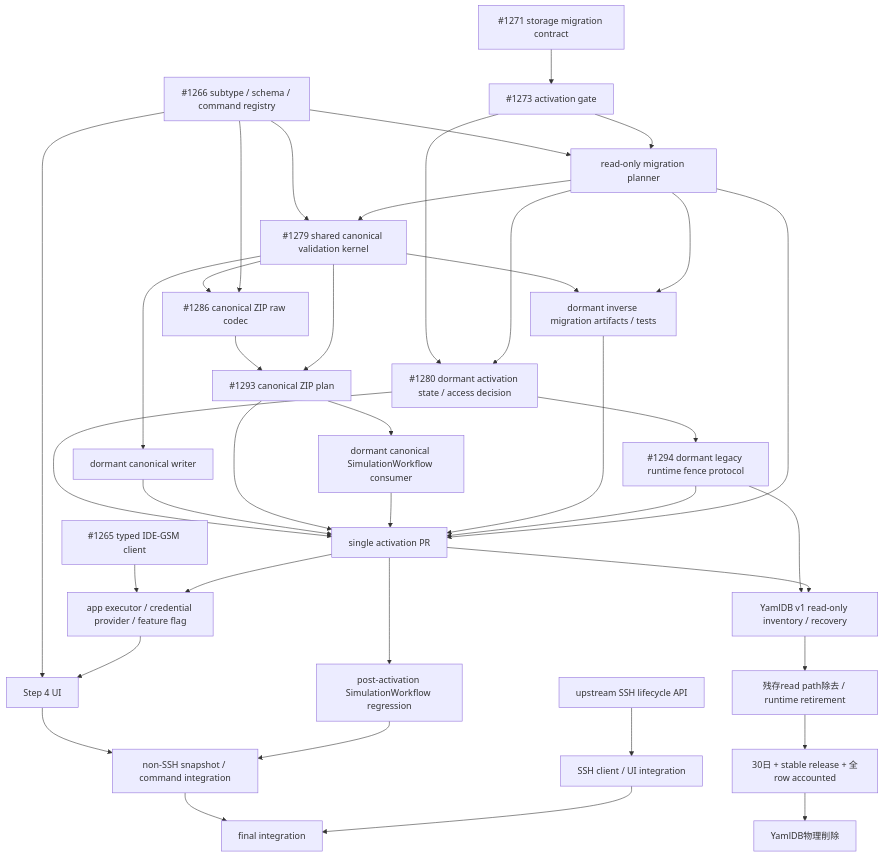
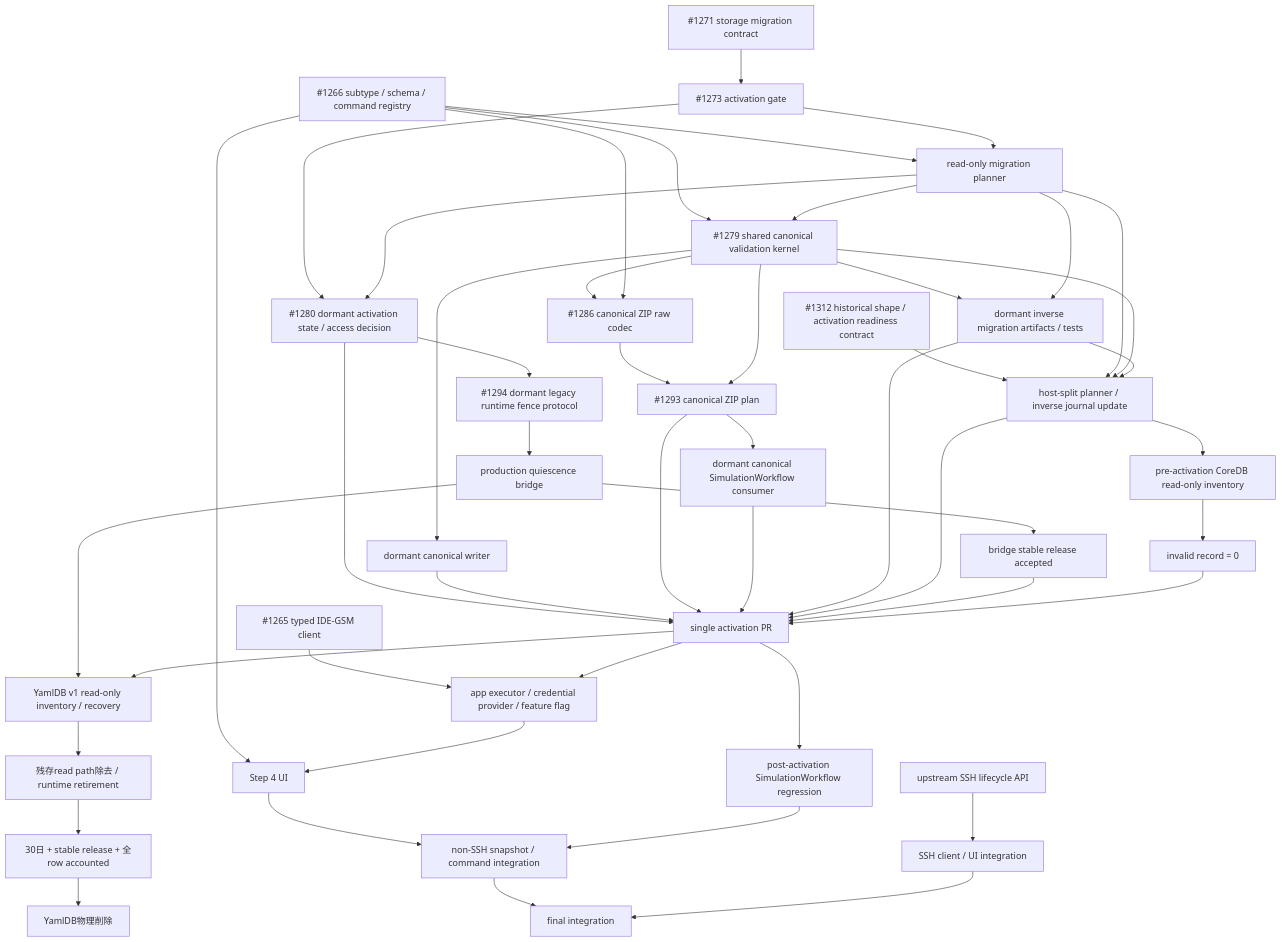
Before and after one commit to kubohiroya/hierarchidb: the first of 2 diagrams in docs/yaml-plugin-ide-gsm-step4-spec.md, drawn with Mermaid. The commit also changed other lines of this file, not shown here.

Commit message:
docs(yaml): correct activation readiness contract

````diff
--- a/docs/yaml-plugin-ide-gsm-step4-spec.md
+++ b/docs/yaml-plugin-ide-gsm-step4-spec.md
@@ -435,43 +466,52 @@
 ```mermaid
 graph TD
   Registry["#1266 subtype / schema / command registry"] --> Planner["read-only migration planner"]
   Registry --> Validation["#1279 shared canonical validation kernel"]
   Contract["#1271 storage migration contract"] --> ActivationContract["#1273 activation gate"]
+  HistoricalContract["#1312 historical shape / activation readiness contract"] --> PlannerUpdate["host-split planner / inverse journal update"]
   ActivationContract --> Planner
   Planner --> Validation
+  Planner --> PlannerUpdate
+  Validation --> PlannerUpdate
   Validation --> DormantWriter["dormant canonical writer"]
   Validation --> RawSnapshotCodec["#1286 canonical ZIP raw codec"]
   RawSnapshotCodec --> DormantSnapshotIO["#1293 canonical ZIP plan"]
   Validation --> DormantSnapshotIO
   DormantSnapshotIO --> DormantSimulation["dormant canonical SimulationWorkflow consumer"]
   Validation --> InverseArtifacts["dormant inverse migration artifacts / tests"]
   Planner --> InverseArtifacts["dormant inverse migration artifacts / tests"]
   ActivationContract --> ActivationState["#1280 dormant activation state / access decision"]
   Planner --> ActivationState
   ActivationState --> WriterFence["#1294 dormant legacy runtime fence protocol"]
+  WriterFence --> QuiescenceBridge["production quiescence bridge"]
+  QuiescenceBridge --> BridgeRelease["bridge stable release accepted"]
+  PlannerUpdate --> CoreInventory["pre-activation CoreDB read-only inventory"]
+  CoreInventory --> InventoryAccepted["invalid record = 0"]
   ActivationState --> Activation["single activation PR"]
   DormantWriter --> Activation["single activation PR"]
   DormantSnapshotIO --> Activation
   DormantSimulation --> Activation
   InverseArtifacts --> Activation
-  WriterFence --> Activation
-  Planner --> Activation
+  InverseArtifacts --> PlannerUpdate
+  PlannerUpdate --> Activation
+  BridgeRelease --> Activation
+  InventoryAccepted --> Activation
   Registry --> RawSnapshotCodec
   Registry --> Step4["Step 4 UI"]
   Client["#1265 typed IDE-GSM client"] --> Executor["app executor / credential provider / feature flag"]
   Activation --> Executor
   Executor --> Step4
   Activation --> SimulationRegression["post-activation SimulationWorkflow regression"]
   Step4 --> NonSshIntegration["non-SSH snapshot / command integration"]
   SimulationRegression --> NonSshIntegration
 
-  WriterFence --> LegacyRecovery["YamlDB v1 read-only inventory / recovery"]
+  QuiescenceBridge --> LegacyRecovery["YamlDB v1 read-only inventory / recovery"]
   Activation --> LegacyRecovery
   LegacyRecovery --> RemoveYamlReads["残存read path除去 / runtime retirement"]
   RemoveYamlReads --> RetentionGate["30日 + stable release + 全row accounted"]
   RetentionGate --> DeleteYamlDB["YamlDB物理削除"]
 
   UpstreamSsh["upstream SSH lifecycle API"] --> SshIntegration["SSH client / UI integration"]
   NonSshIntegration --> FinalIntegration["final integration"]
   SshIntegration --> FinalIntegration
 ```
````
